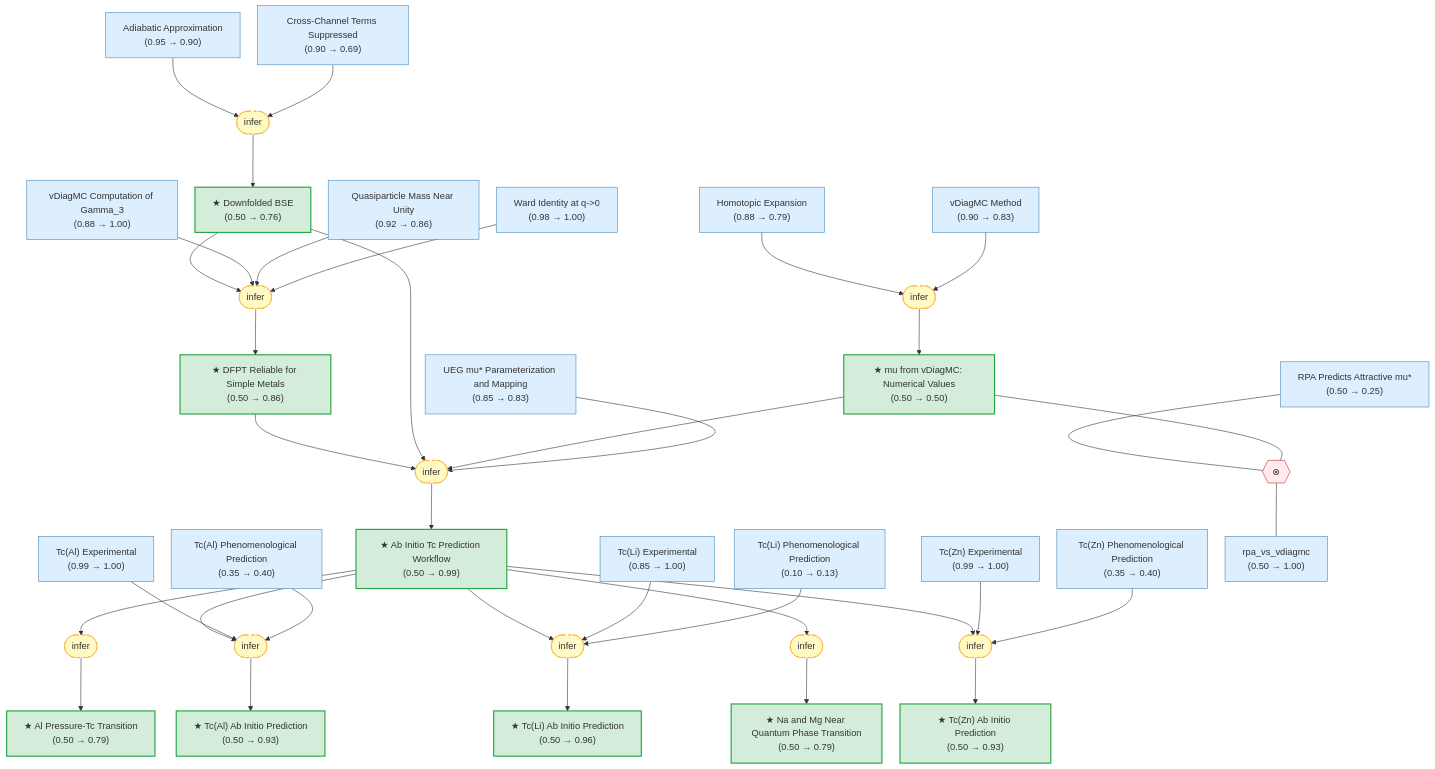
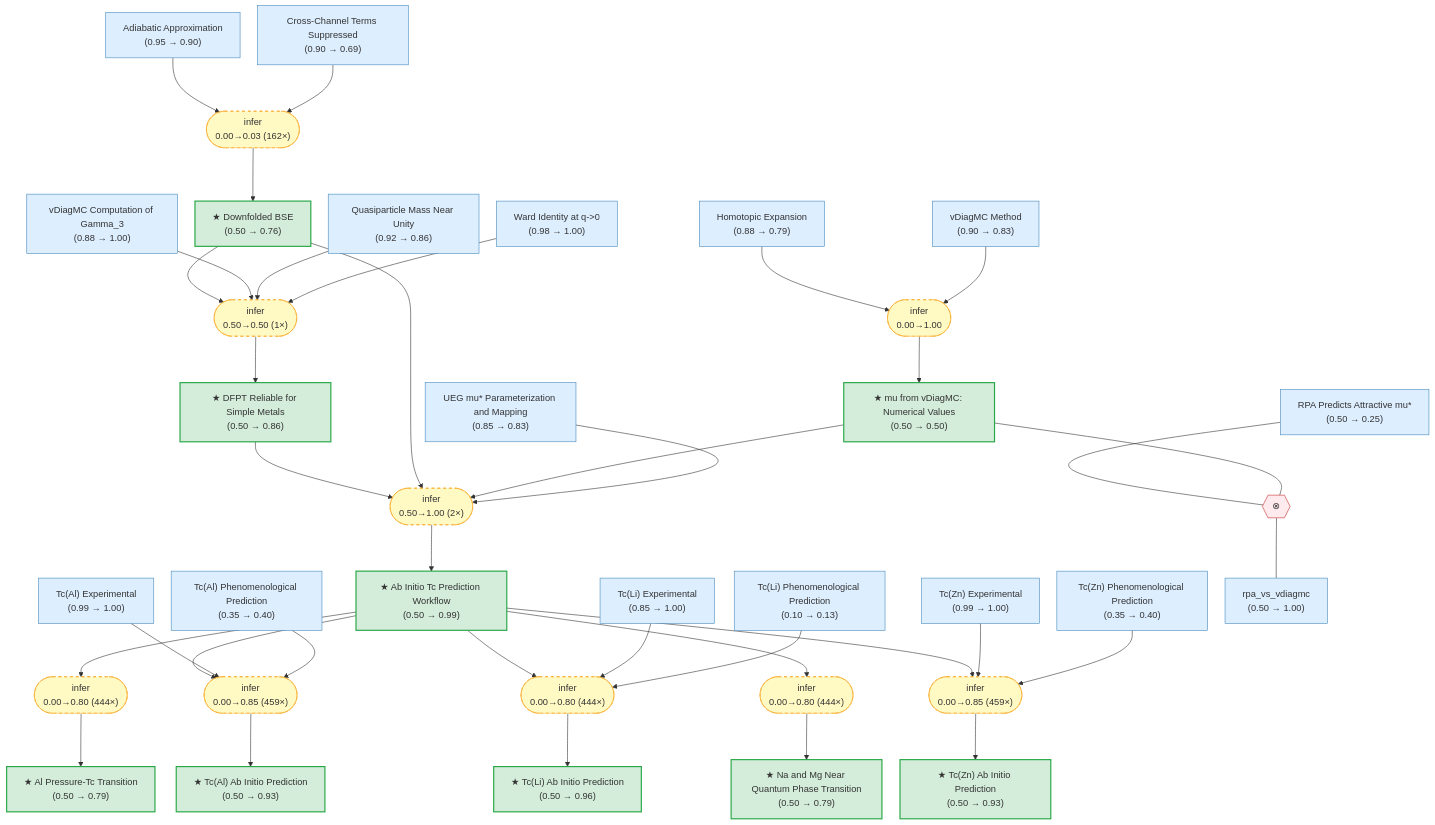
Before and after one commit to kunyuan/SuperconductivityElectronLiquids.gaia: the diagram in README.md, drawn with Mermaid.

Commit message:
feat: CPT annotations on strategy nodes — P(false)→P(true) (likelihood ratio)

```diff
--- a/README.md
+++ b/README.md
@@ -37,46 +37,46 @@
     tc_li_predicted["★ Tc(Li) Ab Initio Prediction\n(0.50 → 0.96)"]:::exported
     al_pressure_transition["★ Al Pressure-Tc Transition\n(0.50 → 0.79)"]:::exported
     tc_mg_na_near_qpt["★ Na and Mg Near Quantum Phase Transition\n(0.50 → 0.79)"]:::exported
+    rpa_vs_vdiagmc["rpa_vs_vdiagmc\n(0.50 → 1.00)"]:::premise
     rpa_predicts_attractive_mu["RPA Predicts Attractive mu#ast;\n(0.50 → 0.25)"]:::premise
-    rpa_vs_vdiagmc["rpa_vs_vdiagmc\n(0.50 → 1.00)"]:::premise
-    strat_0(["infer"]):::weak
+    strat_0(["infer\n0.00→0.80 (444×)"]):::weak
     ab_initio_workflow --> strat_0
     strat_0 --> al_pressure_transition
-    strat_1(["infer"]):::weak
+    strat_1(["infer\n0.00→0.85 (459×)"]):::weak
     ab_initio_workflow --> strat_1
     tc_al_experimental --> strat_1
     tc_al_phenomenological --> strat_1
     strat_1 --> tc_al_predicted
-    strat_2(["infer"]):::weak
+    strat_2(["infer\n0.00→0.80 (444×)"]):::weak
     ab_initio_workflow --> strat_2
     tc_li_experimental --> strat_2
     tc_li_phenomenological --> strat_2
     strat_2 --> tc_li_predicted
-    strat_3(["infer"]):::weak
+    strat_3(["infer\n0.00→0.80 (444×)"]):::weak
     ab_initio_workflow --> strat_3
     strat_3 --> tc_mg_na_near_qpt
-    strat_4(["infer"]):::weak
+    strat_4(["infer\n0.00→0.85 (459×)"]):::weak
     ab_initio_workflow --> strat_4
     tc_zn_experimental --> strat_4
     tc_zn_phenomenological --> strat_4
     strat_4 --> tc_zn_predicted
-    strat_5(["infer"]):::weak
+    strat_5(["infer\n0.00→0.03 (162×)"]):::weak
     adiabatic_approx --> strat_5
     cross_term_suppressed --> strat_5
     strat_5 --> downfolded_bse
-    strat_6(["infer"]):::weak
+    strat_6(["infer\n0.50→1.00 (2×)"]):::weak
     dfpt_reliable_for_simple_metals --> strat_6
     downfolded_bse --> strat_6
     mu_vdiagmc_values --> strat_6
     ueg_pseudopotential_parameterization --> strat_6
     strat_6 --> ab_initio_workflow
-    strat_7(["infer"]):::weak
+    strat_7(["infer\n0.50→0.50 (1×)"]):::weak
     downfolded_bse --> strat_7
     gamma3_vdiagmc --> strat_7
     quasiparticle_mass_near_unity --> strat_7
     ward_identity --> strat_7
     strat_7 --> dfpt_reliable_for_simple_metals
-    strat_8(["infer"]):::weak
+    strat_8(["infer\n0.00→1.00"]):::weak
     homotopic_expansion --> strat_8
     vdiagmc_method --> strat_8
     strat_8 --> mu_vdiagmc_values
```
